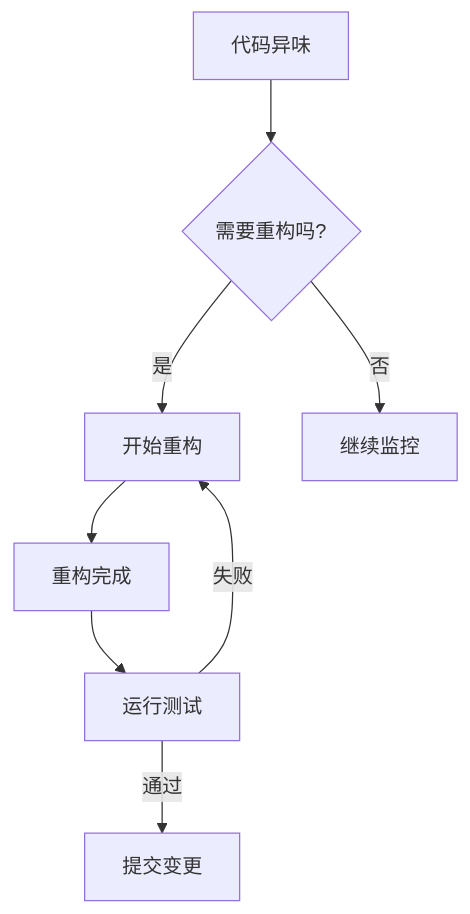
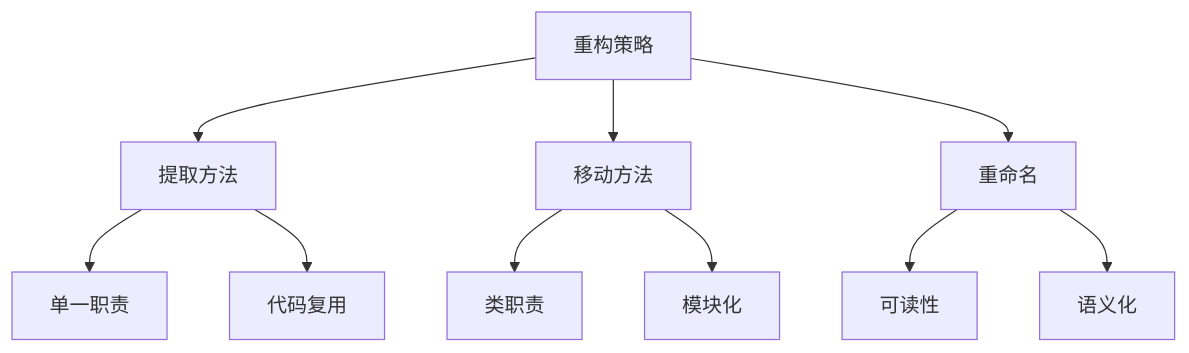
Before and after one commit to wutongci/cursor-courses: the second of 10 diagrams in base/第六章-代码重构与工具实战.md, drawn with Mermaid. The commit also changed other lines of this file and 9 other files, not shown here.

````diff
--- a/base/第六章-代码重构与工具实战.md
+++ b/base/第六章-代码重构与工具实战.md
@@ -15,10 +87,15 @@
 ```mermaid
 graph TD
-    A[代码异味] --> B{需要重构吗?}
-    B -->|是| C[开始重构]
-    B -->|否| D[继续监控]
-    C --> E[重构完成]
-    E --> F[运行测试]
-    F -->|通过| G[提交变更]
-    F -->|失败| C
+    A[重构策略] --> B[提取方法]
+    A --> C[移动方法]
+    A --> D[重命名]
+    
+    B --> E[单一职责]
+    B --> F[代码复用]
+    
+    C --> G[类职责]
+    C --> H[模块化]
+    
+    D --> I[可读性]
+    D --> J[语义化]
 ```
````
